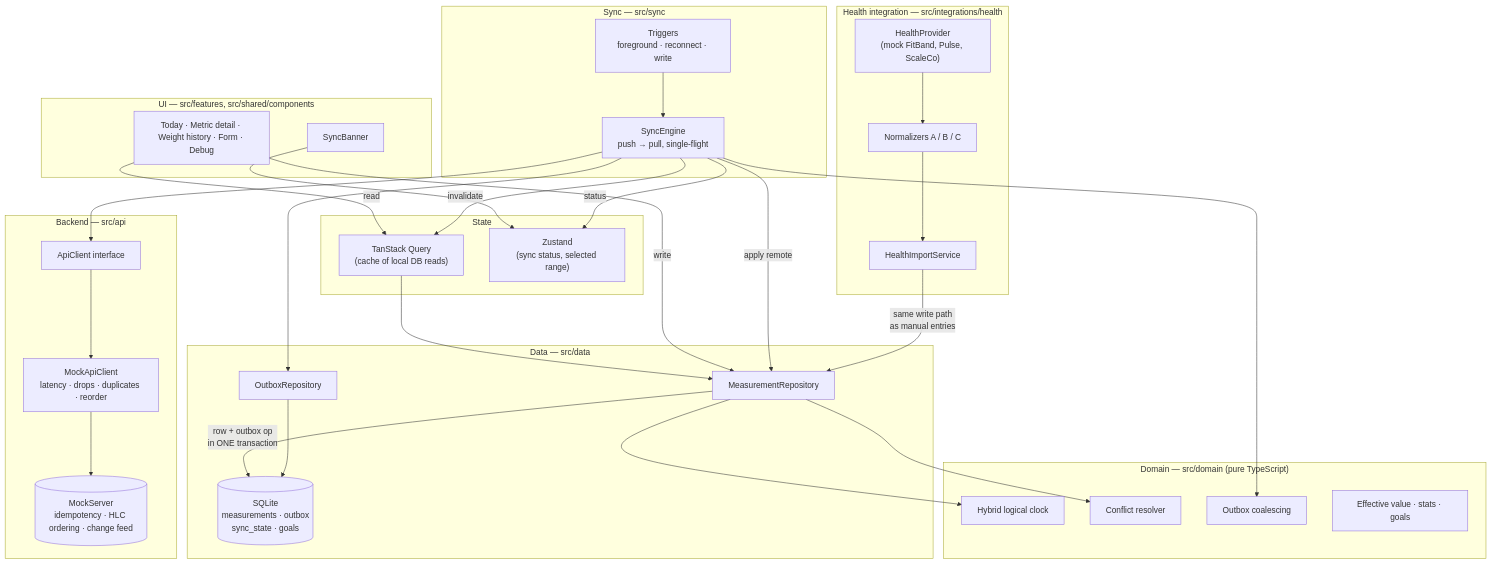
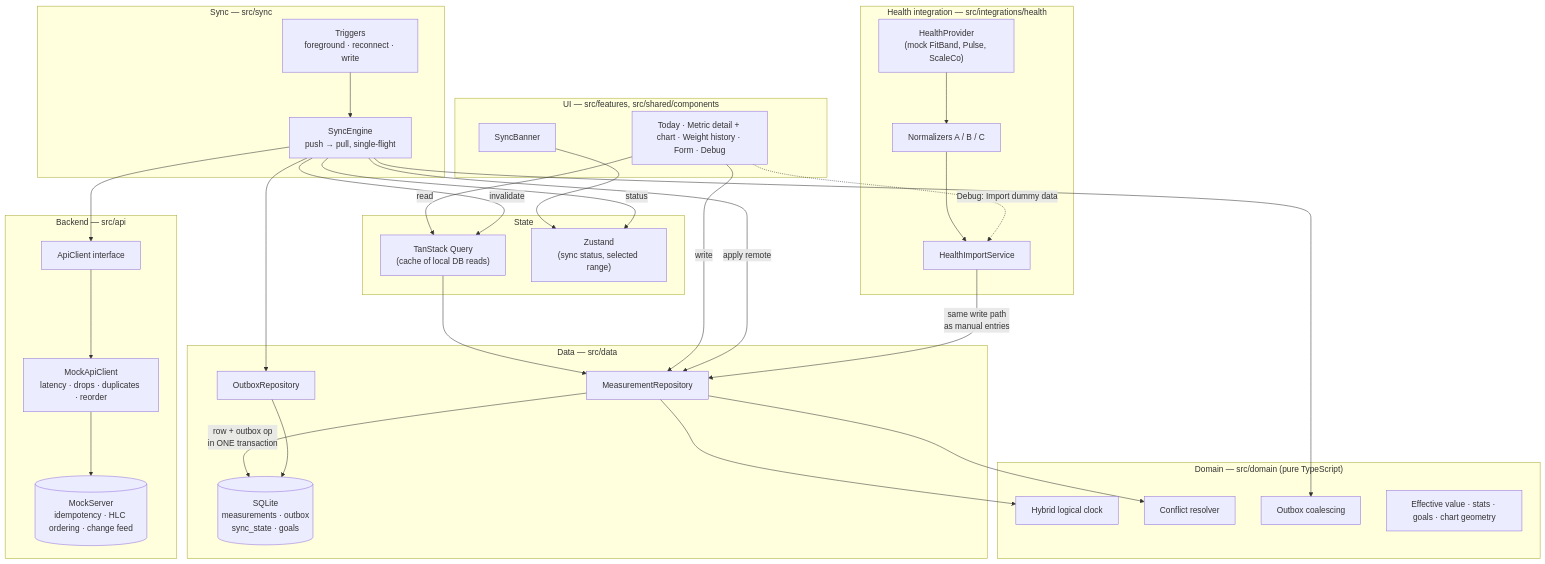
One commit to rahulkumawat2107/Traya-Assignment changed the first of 4 diagrams in docs/architecture.md. Above: the diagram before and after it, drawn with Mermaid. The commit also changed other lines of this file and 2 other files, not shown here.

````diff
--- a/docs/architecture.md
+++ b/docs/architecture.md
@@ -5,60 +8,61 @@
 ```mermaid
 flowchart TB
   subgraph UI["UI — src/features, src/shared/components"]
-    Screens["Today · Metric detail · Weight history · Form · Debug"]
+    Screens["Today · Metric detail + chart · Weight history · Form · Debug"]
     Banner["SyncBanner"]
   end
 
   subgraph State["State"]
     RQ["TanStack Query<br/>(cache of local DB reads)"]
     Zustand["Zustand<br/>(sync status, selected range)"]
   end
 
   subgraph Domain["Domain — src/domain (pure TypeScript)"]
     HLC["Hybrid logical clock"]
     Resolver["Conflict resolver"]
     Coalesce["Outbox coalescing"]
-    Rules["Effective value · stats · goals"]
+    Rules["Effective value · stats · goals · chart geometry"]
   end
 
   subgraph Data["Data — src/data"]
     Repo["MeasurementRepository"]
     Outbox["OutboxRepository"]
     DB[("SQLite<br/>measurements · outbox<br/>sync_state · goals")]
   end
 
   subgraph Sync["Sync — src/sync"]
     Engine["SyncEngine<br/>push → pull, single-flight"]
     Triggers["Triggers<br/>foreground · reconnect · write"]
   end
 
   subgraph Health["Health integration — src/integrations/health"]
     Import["HealthImportService"]
     Norm["Normalizers A / B / C"]
     Providers["HealthProvider<br/>(mock FitBand, Pulse, ScaleCo)"]
   end
 
   subgraph Backend["Backend — src/api"]
     Api["ApiClient interface"]
     MockApi["MockApiClient<br/>latency · drops · duplicates · reorder"]
     Server[("MockServer<br/>idempotency · HLC ordering · change feed")]
   end
 
   Screens -- "read" --> RQ --> Repo
   Screens -- "write" --> Repo
   Banner --> Zustand
   Repo -- "row + outbox op<br/>in ONE transaction" --> DB
   Outbox --> DB
   Repo --> HLC
   Repo --> Resolver
 
   Triggers --> Engine
   Engine --> Outbox
   Engine --> Coalesce
   Engine -- "apply remote" --> Repo
   Engine -- "status" --> Zustand
   Engine -- "invalidate" --> RQ
   Engine --> Api --> MockApi --> Server
 
   Providers --> Norm --> Import -- "same write path<br/>as manual entries" --> Repo
+  Screens -. "Debug: Import dummy data" .-> Import
 ```
````
